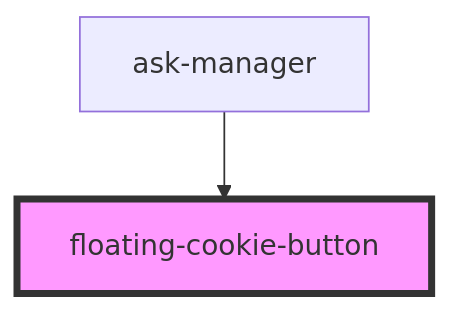
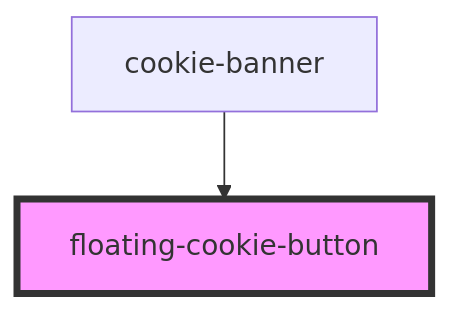
Before and after one commit to arvidsandin/cookie-banner: the diagram in docs/components/floating-cookie-button/readme.md, drawn with Mermaid. The commit also changed other lines of this file and 20 other files, not shown here.

Commit message:
chore: rename project to cookie-banner

````diff
--- a/docs/components/floating-cookie-button/readme.md
+++ b/docs/components/floating-cookie-button/readme.md
@@ -35,5 +35,5 @@
 ```mermaid
 graph TD;
-  ask-manager --> floating-cookie-button
+  cookie-banner --> floating-cookie-button
   style floating-cookie-button fill:#f9f,stroke:#333,stroke-width:4px
 ```
````
